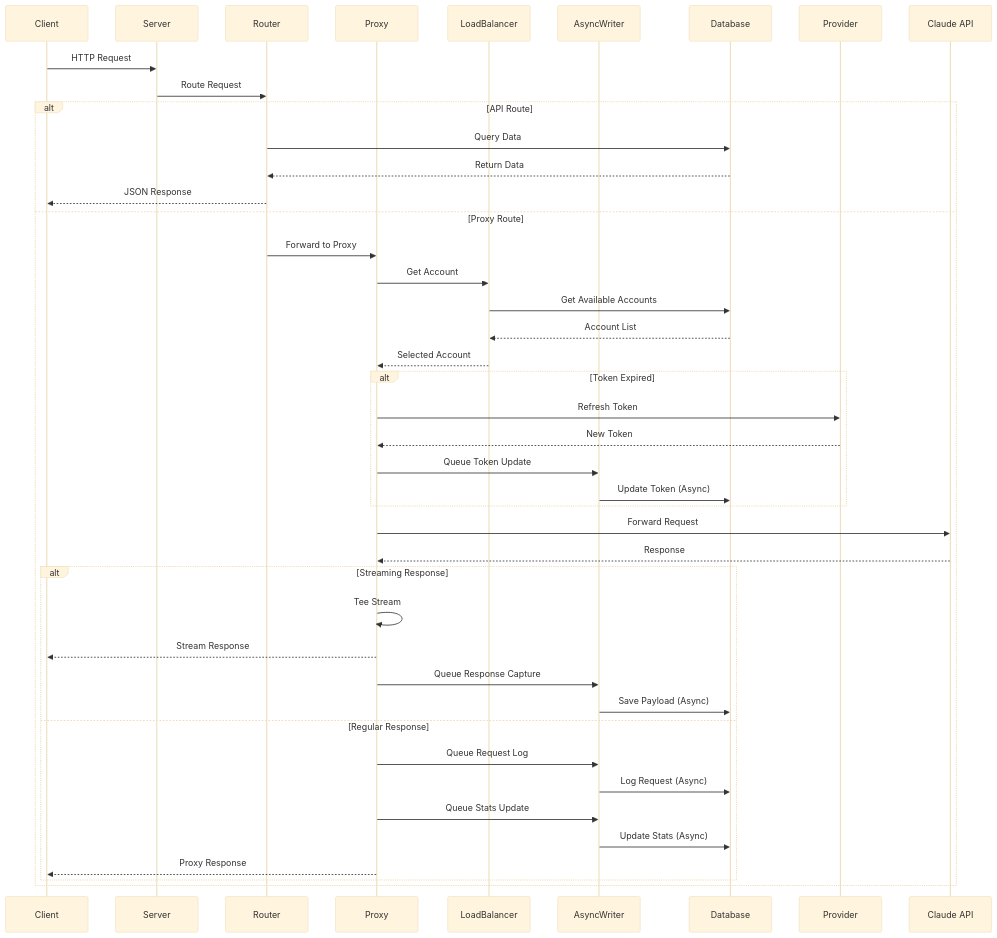
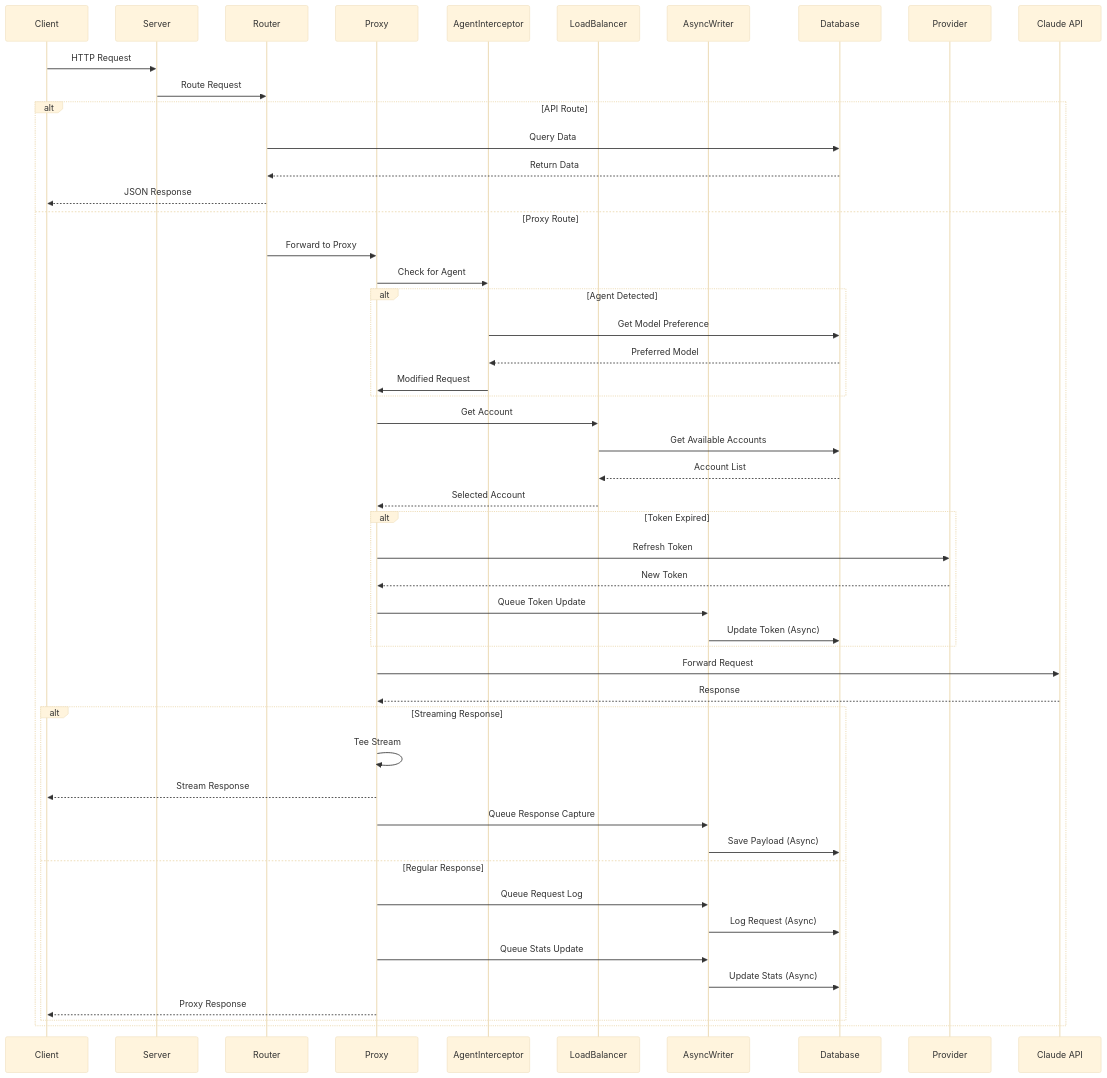
Diagram 20 of 25 in docs/architecture.md (tombii/better-ccflare), drawn with Mermaid (base theme) before and after one commit. The commit also changed other lines of this file and 14 other files, not shown here.

First line of the commit message:
docs(docs): overhaul architecture and CLI documentation

````diff
--- a/docs/architecture.md
+++ b/docs/architecture.md
@@ -700,50 +1066,59 @@
 ```mermaid
 sequenceDiagram
     participant Client
     participant Server
     participant Router
     participant Proxy
+    participant AgentInterceptor
     participant LoadBalancer
     participant AsyncWriter
     participant Database
     participant Provider
     participant Claude API
     
     Client->>Server: HTTP Request
     Server->>Router: Route Request
     
     alt API Route
         Router->>Database: Query Data
         Database-->>Router: Return Data
         Router-->>Client: JSON Response
     else Proxy Route
         Router->>Proxy: Forward to Proxy
+        Proxy->>AgentInterceptor: Check for Agent
+        
+        alt Agent Detected
+            AgentInterceptor->>Database: Get Model Preference
+            Database-->>AgentInterceptor: Preferred Model
+            AgentInterceptor->>Proxy: Modified Request
+        end
+        
         Proxy->>LoadBalancer: Get Account
         LoadBalancer->>Database: Get Available Accounts
         Database-->>LoadBalancer: Account List
         LoadBalancer-->>Proxy: Selected Account
         
         alt Token Expired
             Proxy->>Provider: Refresh Token
             Provider-->>Proxy: New Token
             Proxy->>AsyncWriter: Queue Token Update
             AsyncWriter->>Database: Update Token (Async)
         end
         
         Proxy->>Claude API: Forward Request
         Claude API-->>Proxy: Response
         
         alt Streaming Response
             Proxy->>Proxy: Tee Stream
             Proxy-->>Client: Stream Response
             Proxy->>AsyncWriter: Queue Response Capture
             AsyncWriter->>Database: Save Payload (Async)
         else Regular Response
             Proxy->>AsyncWriter: Queue Request Log
             AsyncWriter->>Database: Log Request (Async)
             Proxy->>AsyncWriter: Queue Stats Update
             AsyncWriter->>Database: Update Stats (Async)
             Proxy-->>Client: Proxy Response
         end
     end
 ```
````
